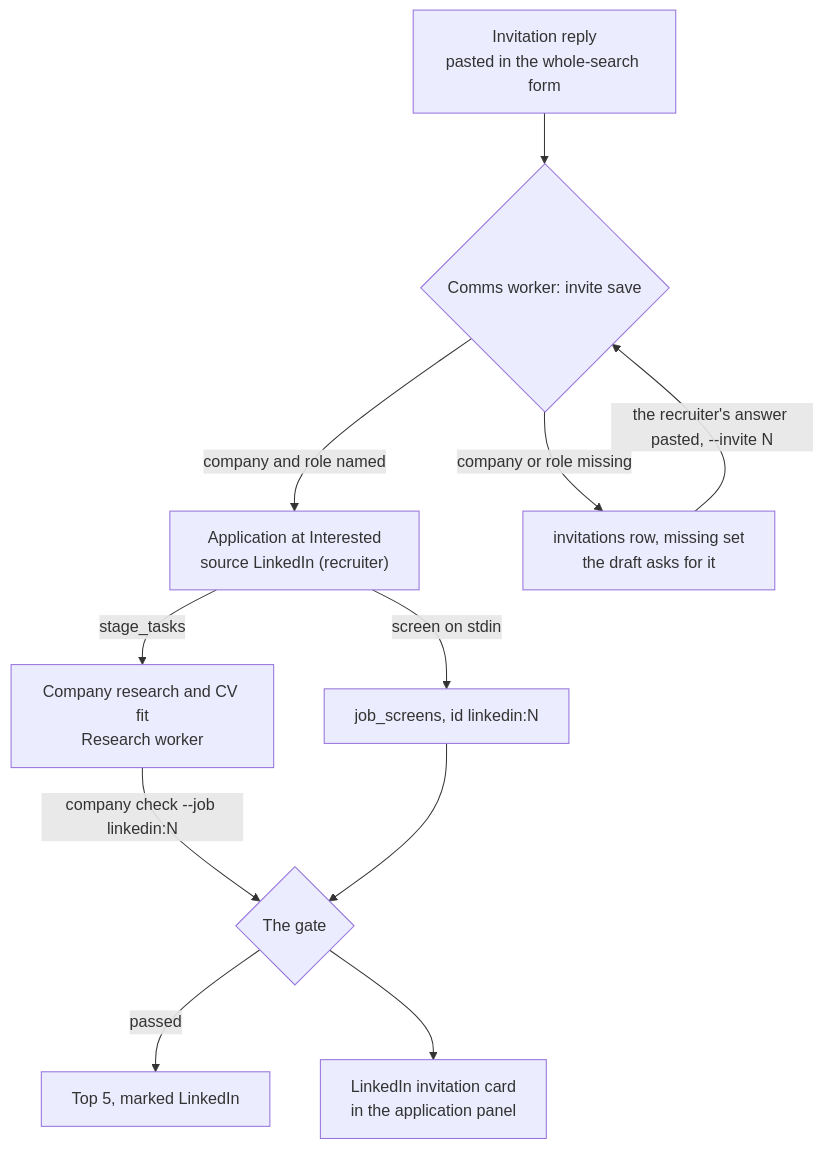
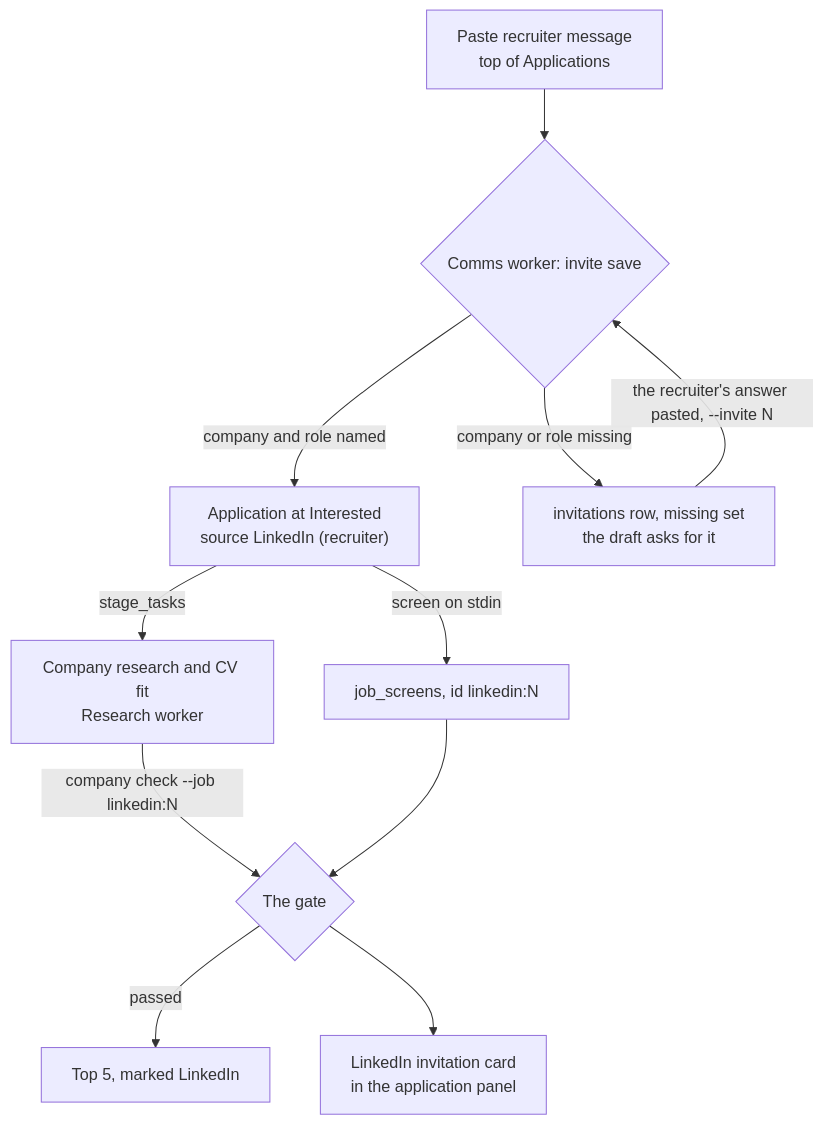
The second of 2 diagrams in docs/reference/search.md (Pavlana/hirey), drawn with Mermaid before and after one commit. The commit also changed other lines of this file and 16 other files, not shown here.

First line of the commit message:
Invitations: one-step paste, editable reply, a card with only what needs attention

````diff
--- a/docs/reference/search.md
+++ b/docs/reference/search.md
@@ -185,13 +185,13 @@
 ```mermaid
 flowchart TD
-    paste["Invitation reply<br/>pasted in the whole-search form"] --> read{"Comms worker: invite save"}
+    paste["Paste recruiter message<br/>top of Applications"] --> read{"Comms worker: invite save"}
     read -->|"company and role named"| app["Application at Interested<br/>source LinkedIn (recruiter)"]
     read -->|"company or role missing"| wait["invitations row, missing set<br/>the draft asks for it"]
     wait -->|"the recruiter's answer pasted, --invite N"| read
     app -->|"stage_tasks"| work["Company research and CV fit<br/>Research worker"]
     app -->|"screen on stdin"| screen["job_screens, id linkedin:N"]
     work -->|"company check --job linkedin:N"| gate{"The gate"}
     screen --> gate
     gate -->|"passed"| top["Top 5, marked LinkedIn"]
     gate --> card["LinkedIn invitation card<br/>in the application panel"]
 ```
````
